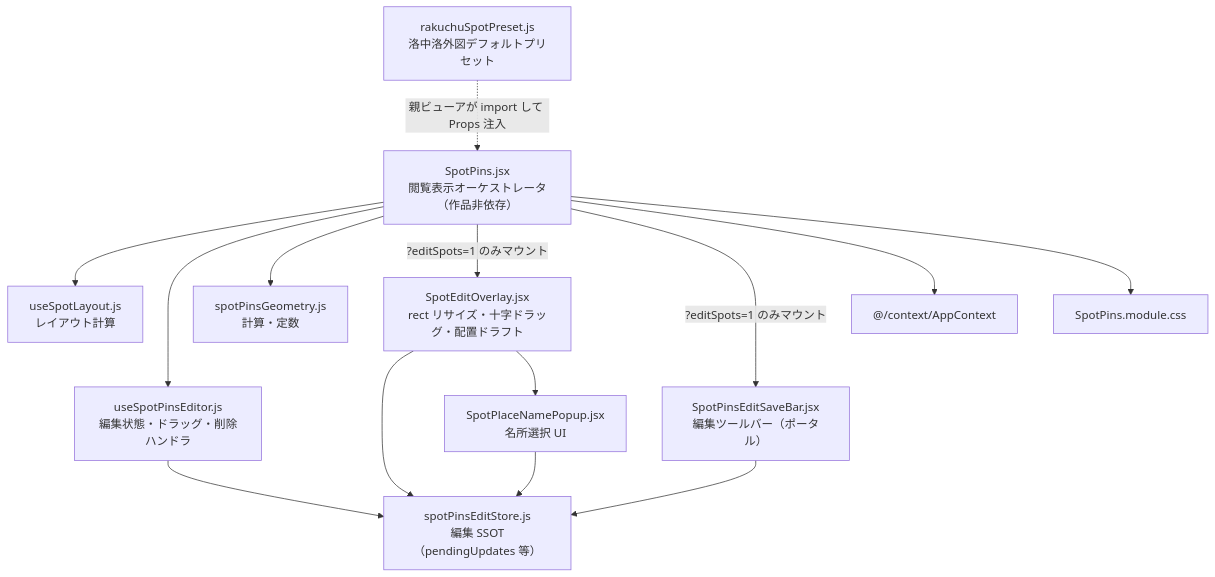
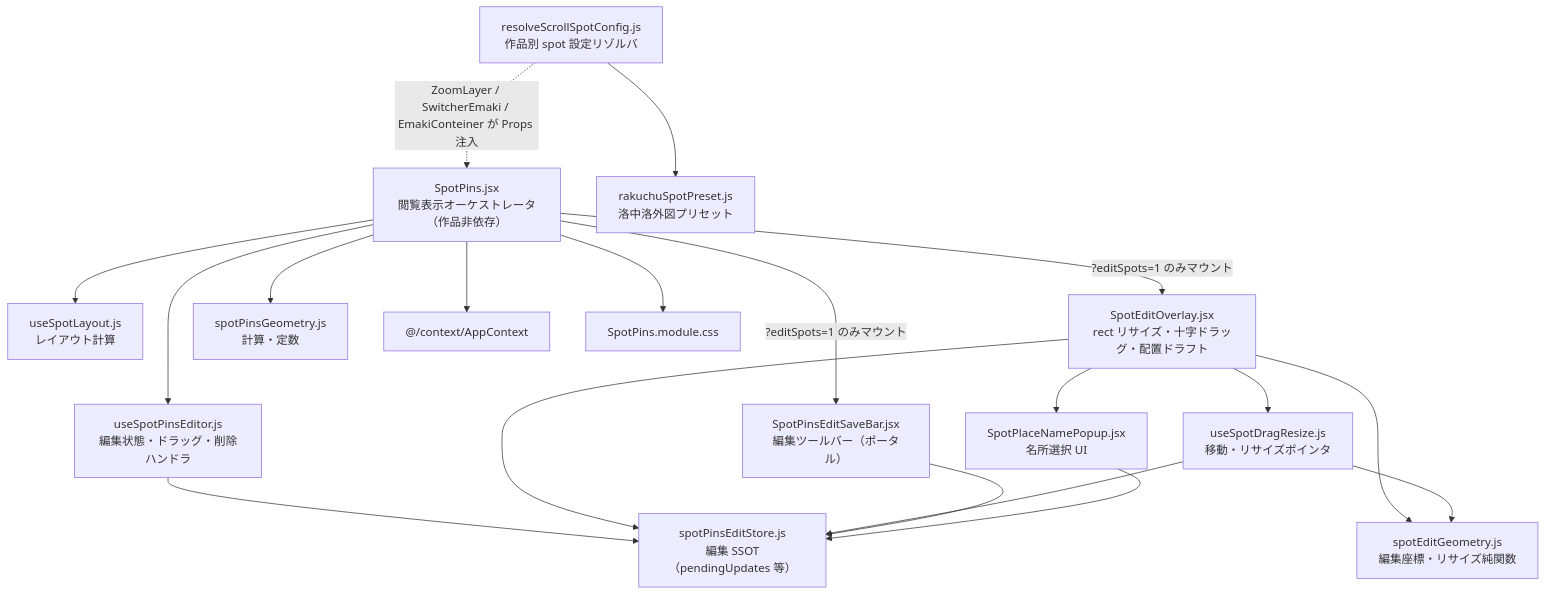
The first of 2 diagrams in src/components/emaki/viewer/spotPins/SPEC.md (satoshi-create/emakimono-next), drawn with Mermaid before and after one commit. The commit also changed other lines of this file and 28 other files, not shown here.

Commit message:
fix(viewer): restore byobu spot badges and drop Latin inscription UI Remove inscription-only spot chrome, centralize scroll spot config, and re-enable panorama SpotPins when quiz panorama targets exist so Rakuchu badges show in normal scroll again.

````diff
--- a/src/components/emaki/viewer/spotPins/SPEC.md
+++ b/src/components/emaki/viewer/spotPins/SPEC.md
@@ -11,26 +11,34 @@
 ```mermaid
 graph TD
   SpotPins["SpotPins.jsx<br/>閲覧表示オーケストレータ（作品非依存）"]
   Editor["useSpotPinsEditor.js<br/>編集状態・ドラッグ・削除ハンドラ"]
   Layout["useSpotLayout.js<br/>レイアウト計算"]
   EditOverlay["SpotEditOverlay.jsx<br/>rect リサイズ・十字ドラッグ・配置ドラフト"]
   SaveBar["SpotPinsEditSaveBar.jsx<br/>編集ツールバー（ポータル）"]
   Store["spotPinsEditStore.js<br/>編集 SSOT（pendingUpdates 等）"]
   Popup["SpotPlaceNamePopup.jsx<br/>名所選択 UI"]
-  Preset["rakuchuSpotPreset.js<br/>洛中洛外図デフォルトプリセット"]
+  Preset["rakuchuSpotPreset.js<br/>洛中洛外図プリセット"]
+  Resolver["resolveScrollSpotConfig.js<br/>作品別 spot 設定リゾルバ"]
   Geo["spotPinsGeometry.js<br/>計算・定数"]
+  EditGeo["spotEditGeometry.js<br/>編集座標・リサイズ純関数"]
+  DragHook["useSpotDragResize.js<br/>移動・リサイズポインタ"]
 
   SpotPins --> Layout
   SpotPins --> Editor
   SpotPins --> Geo
   SpotPins -->|"?editSpots=1 のみマウント"| EditOverlay
   SpotPins -->|"?editSpots=1 のみマウント"| SaveBar
   Editor --> Store
   EditOverlay --> Store
+  EditOverlay --> EditGeo
+  EditOverlay --> DragHook
+  DragHook --> EditGeo
+  DragHook --> Store
   EditOverlay --> Popup
   SaveBar --> Store
   Popup --> Store
   SpotPins --> AppContext["@/context/AppContext"]
   SpotPins --> Styles["SpotPins.module.css"]
-  Preset -.->|"親ビューアが import して Props 注入"| SpotPins
+  Resolver --> Preset
+  Resolver -.->|"ZoomLayer / SwitcherEmaki / EmakiConteiner が Props 注入"| SpotPins
 ```
````
